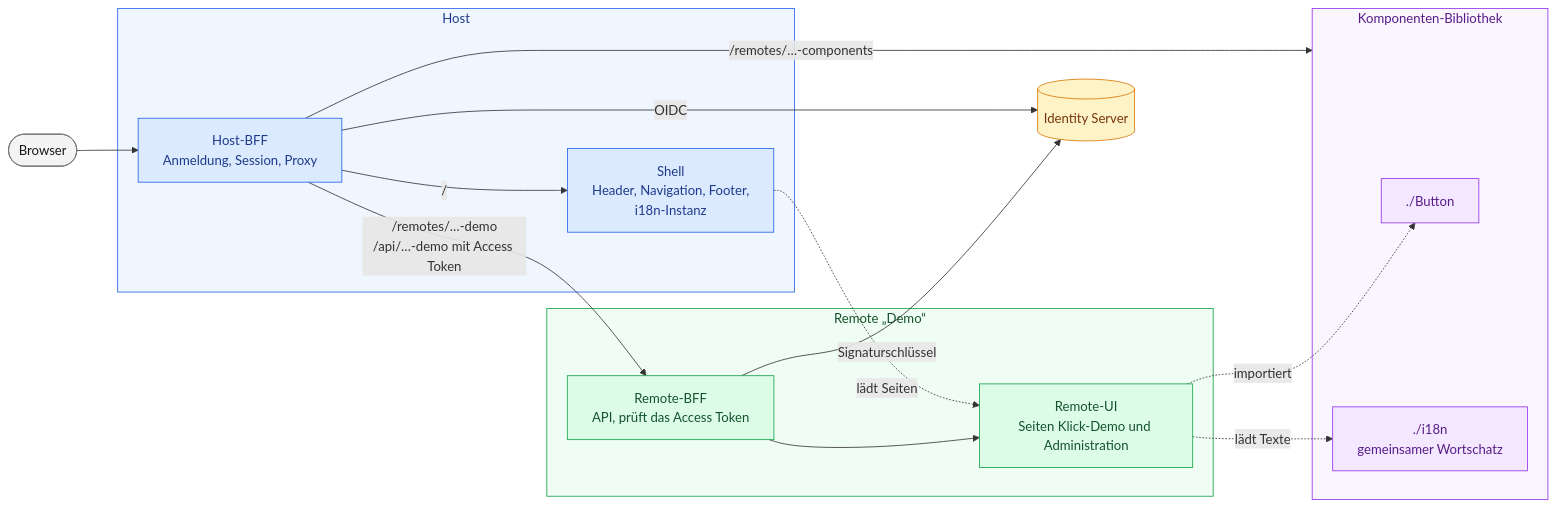
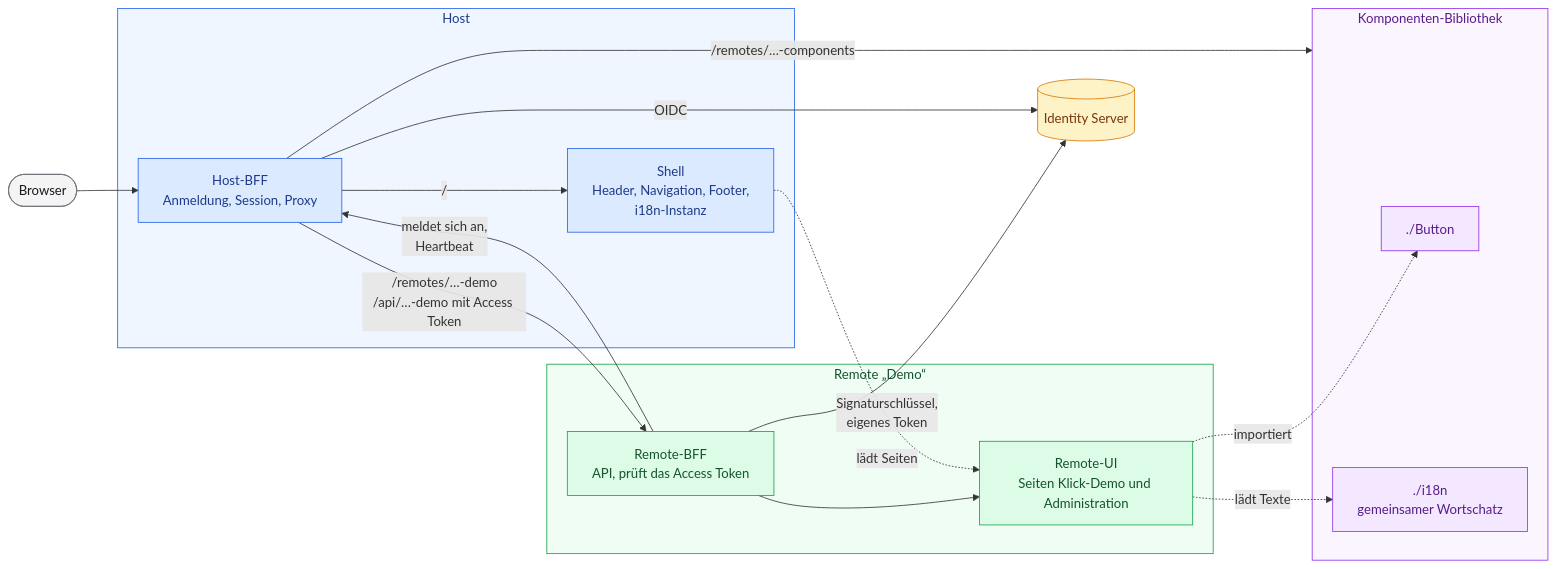
One commit to Marcel-B/Microfrontend changed the first of 4 diagrams in README.md. Above: the diagram before and after it, drawn with Mermaid. The commit also changed other lines of this file and 64 other files, not shown here.

First line of the commit message:
Remotes melden sich am Host an: Registry mit Heartbeat, Health-Checks, Admin-Seite und Swagger UI (#7)

````diff
--- a/README.md
+++ b/README.md
@@ -32,46 +35,47 @@
 ```mermaid
 flowchart LR
   browser(["Browser"])
 
   subgraph host["Host"]
     hostBff["Host-BFF<br/>Anmeldung, Session, Proxy"]
     shell["Shell<br/>Header, Navigation, Footer,<br/>i18n-Instanz"]
   end
 
   subgraph remote["Remote „Demo“"]
     remoteBff["Remote-BFF<br/>API, prüft das Access Token"]
     remoteUi["Remote-UI<br/>Seiten Klick-Demo und Administration"]
   end
 
   subgraph library["Komponenten-Bibliothek"]
     button["./Button"]
     i18n["./i18n<br/>gemeinsamer Wortschatz"]
   end
 
   identity[("Identity Server")]
 
   browser --> hostBff
   hostBff -->|"/"| shell
   hostBff -->|"/remotes/…-demo<br/>/api/…-demo mit Access Token"| remoteBff
   remoteBff --> remoteUi
   hostBff -->|"/remotes/…-components"| library
   hostBff -->|"OIDC"| identity
-  remoteBff -->|"Signaturschlüssel"| identity
+  remoteBff -->|"Signaturschlüssel,<br/>eigenes Token"| identity
+  remoteBff -->|"meldet sich an,<br/>Heartbeat"| hostBff
   shell -.->|"lädt Seiten"| remoteUi
   remoteUi -.->|"importiert"| button
   remoteUi -.->|"lädt Texte"| i18n
 
   classDef host fill:#dbeafe,stroke:#2563eb,color:#1e3a8a
   classDef remote fill:#dcfce7,stroke:#16a34a,color:#14532d
   classDef library fill:#f3e8ff,stroke:#9333ea,color:#581c87
   classDef identity fill:#fef3c7,stroke:#d97706,color:#78350f
   classDef neutral fill:#f4f4f5,stroke:#71717a,color:#18181b
   class hostBff,shell host
   class remoteBff,remoteUi remote
   class button,i18n library
   class identity identity
   class browser neutral
   style host fill:#eff6ff,stroke:#2563eb,color:#1e3a8a
   style remote fill:#f0fdf4,stroke:#16a34a,color:#14532d
   style library fill:#faf5ff,stroke:#9333ea,color:#581c87
 ```
````
